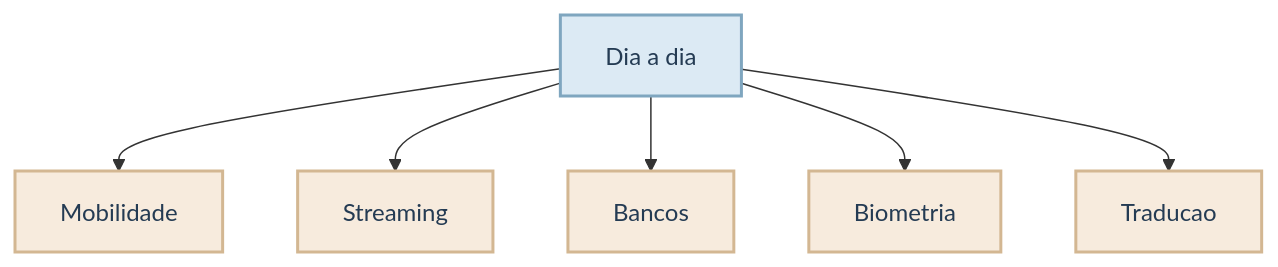
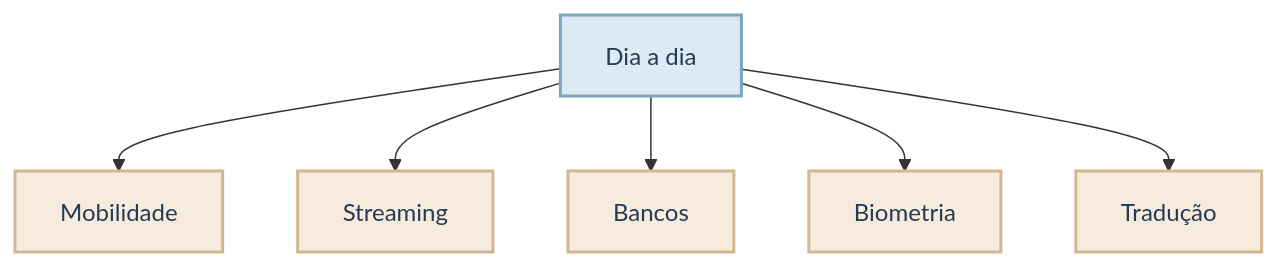
Before and after one commit to mikaelakihitto/self-study-data-science: the fifth of 51 diagrams in temas/introducao_pratica_ia_e_genia/estudo/aula1.qmd, drawn with Mermaid. The commit also changed other lines of this file, not shown here.

````diff
--- a/temas/introducao_pratica_ia_e_genia/estudo/aula1.qmd
+++ b/temas/introducao_pratica_ia_e_genia/estudo/aula1.qmd
@@ -138,17 +129,17 @@
 ```{mermaid}
 %%| fig-align: center
 %%| out-width: 72%
 graph TD
     A[Dia a dia]
     A --> N1[Mobilidade]
     A --> N2[Streaming]
     A --> N3[Bancos]
     A --> N4[Biometria]
-    A --> N5[Traducao]
+    A --> N5[Tradução]
     %% Definicao das cores
     classDef styleAzul fill:#DCEAF4,stroke:#7FA6BF,stroke-width:2px,color:#243B53;
     classDef styleVerde fill:#E7F2E8,stroke:#90B29A,stroke-width:2px,color:#243B53;
     classDef styleAreia fill:#F7EBDD,stroke:#D3B792,stroke-width:2px,color:#243B53;
     class A styleAzul;
     class N1,N2,N3,N4,N5 styleAreia;
 ```
````
